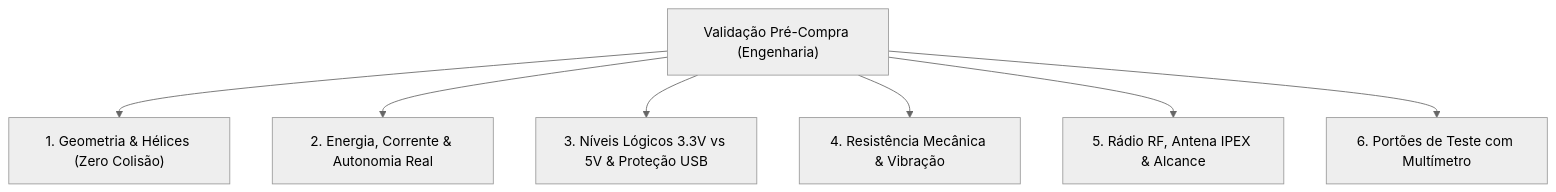
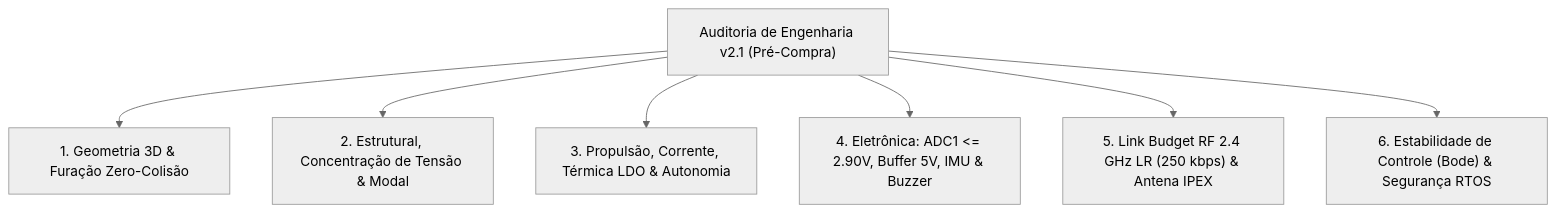
The diagram in docs/validacao_engenharia_e_bom_otimizada.md (CaioPSSS/esp32s3-quad450), drawn with Mermaid (neutral theme) before and after one commit. The commit also changed other lines of this file and 28 other files, not shown here.

````diff
--- a/docs/validacao_engenharia_e_bom_otimizada.md
+++ b/docs/validacao_engenharia_e_bom_otimizada.md
@@ -11,9 +11,9 @@
 ```mermaid
 flowchart TD
-    V["Validação Pré-Compra (Engenharia)"] --> P1["1. Geometria & Hélices (Zero Colisão)"]
-    V --> P2["2. Energia, Corrente & Autonomia Real"]
-    V --> P3["3. Níveis Lógicos 3.3V vs 5V & Proteção USB"]
-    V --> P4["4. Resistência Mecânica & Vibração"]
-    V --> P5["5. Rádio RF, Antena IPEX & Alcance"]
-    V --> P6["6. Portões de Teste com Multímetro"]
+    V["Auditoria de Engenharia v2.1 (Pré-Compra)"] --> P1["1. Geometria 3D & Furação Zero-Colisão"]
+    V --> P2["2. Estrutural, Concentração de Tensão & Modal"]
+    V --> P3["3. Propulsão, Corrente, Térmica LDO & Autonomia"]
+    V --> P4["4. Eletrônica: ADC1 <= 2.90V, Buffer 5V, IMU & Buzzer"]
+    V --> P5["5. Link Budget RF 2.4 GHz LR (250 kbps) & Antena IPEX"]
+    V --> P6["6. Estabilidade de Controle (Bode) & Segurança RTOS"]
 ```
````
